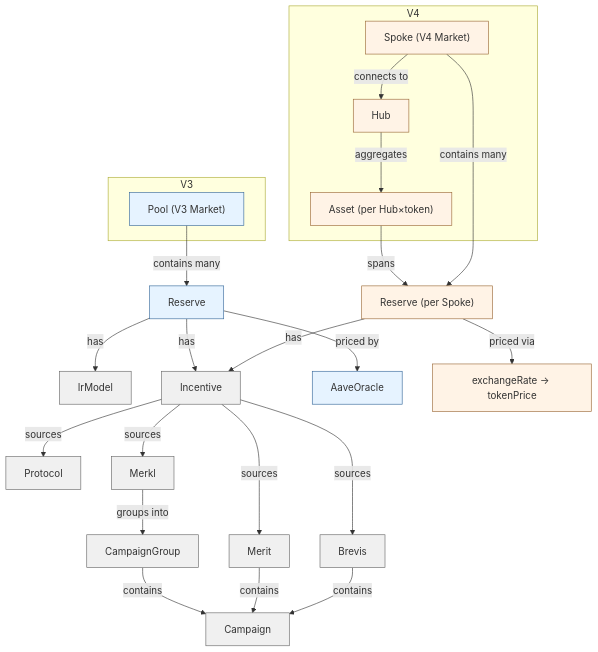
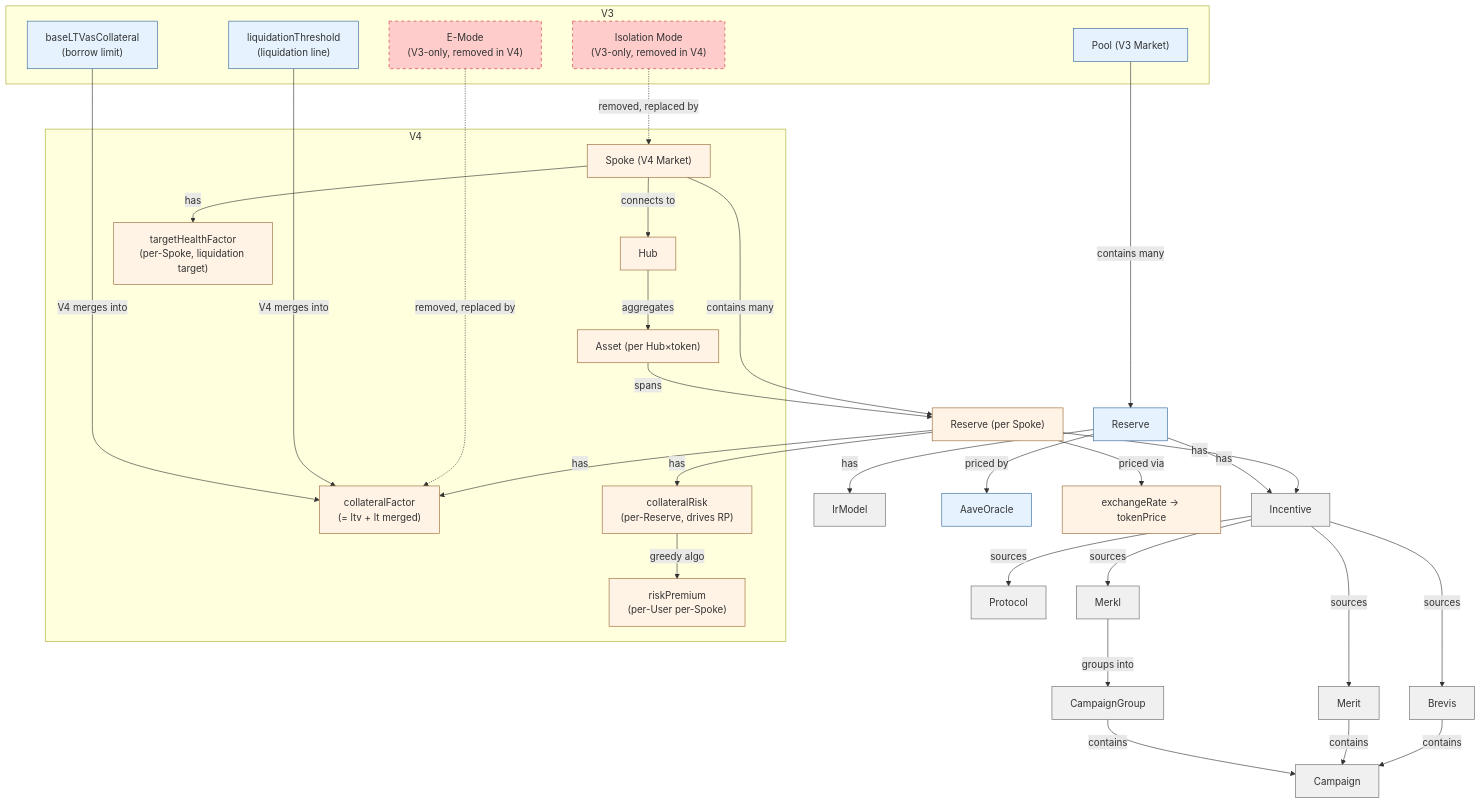
Before and after one commit to 0xPabloLI/aave-protocol-analysis: the diagram in CONTEXT.md, drawn with Mermaid. The commit also changed other lines of this file and 33 other files, not shown here.

````diff
--- a/CONTEXT.md
+++ b/CONTEXT.md
@@ -262,41 +275,61 @@
 ```mermaid
 graph TD
     subgraph V3
         Pool["Pool (V3 Market)"]
+        LTV["baseLTVasCollateral<br/>(borrow limit)"]
+        LT["liquidationThreshold<br/>(liquidation line)"]
+        EMode["E-Mode<br/>(V3-only, removed in V4)"]
+        IsoMode["Isolation Mode<br/>(V3-only, removed in V4)"]
     end
     subgraph V4
         Hub["Hub"]
         Spoke["Spoke (V4 Market)"]
         Asset["Asset (per Hub×token)"]
+        CF["collateralFactor<br/>(= ltv + lt merged)"]
+        CR["collateralRisk<br/>(per-Reserve, drives RP)"]
+        RP["riskPremium<br/>(per-User per-Spoke)"]
+        THF["targetHealthFactor<br/>(per-Spoke, liquidation target)"]
     end
 
     Pool -->|"contains many"| ReserveV3["Reserve"]
     Hub -->|"aggregates"| Asset
     Asset -->|"spans"| ReserveV4["Reserve (per Spoke)"]
     Spoke -->|"contains many"| ReserveV4
     Spoke -->|"connects to"| Hub
+
+    LTV -->|"V4 merges into"| CF
+    LT -->|"V4 merges into"| CF
+    EMode -.->|"removed, replaced by"| CF
+    IsoMode -.->|"removed, replaced by"| Spoke
+
+    ReserveV4 -->|"has"| CF
+    ReserveV4 -->|"has"| CR
+    CR -->|"greedy algo"| RP
+    Spoke -->|"has"| THF
 
     ReserveV3 -->|"has"| IrModel["IrModel"]
     ReserveV3 -->|"has"| Incentive["Incentive"]
     ReserveV4 -->|"has"| Incentive
 
     ReserveV3 -->|"priced by"| AaveOracle["AaveOracle"]
     ReserveV4 -->|"priced via"| ExchangeRate["exchangeRate → tokenPrice"]
 
     Incentive -->|"sources"| Protocol["Protocol"]
     Incentive -->|"sources"| Merit["Merit"]
     Incentive -->|"sources"| Merkl["Merkl"]
     Incentive -->|"sources"| Brevis["Brevis"]
 
     Merkl -->|"groups into"| CampaignGroup["CampaignGroup"]
     CampaignGroup -->|"contains"| Campaign["Campaign"]
     Merit -->|"contains"| Campaign
     Brevis -->|"contains"| Campaign
 
     classDef v3 fill:#e6f3ff,stroke:#336699
     classDef v4 fill:#fff3e6,stroke:#996633
     classDef shared fill:#f0f0f0,stroke:#666666
-    class Pool,ReserveV3,AaveOracle v3
-    class Hub,Spoke,Asset,ReserveV4,ExchangeRate v4
+    classDef removed fill:#ffcccc,stroke:#cc3333,stroke-dasharray: 5 5
+    class Pool,ReserveV3,AaveOracle,LTV,LT,EMode,IsoMode v3
+    class Hub,Spoke,Asset,ReserveV4,ExchangeRate,CF,CR,RP,THF v4
     class IrModel,Incentive,Protocol,Merit,Merkl,Brevis,CampaignGroup,Campaign shared
+    class EMode,IsoMode removed
 ```
````
